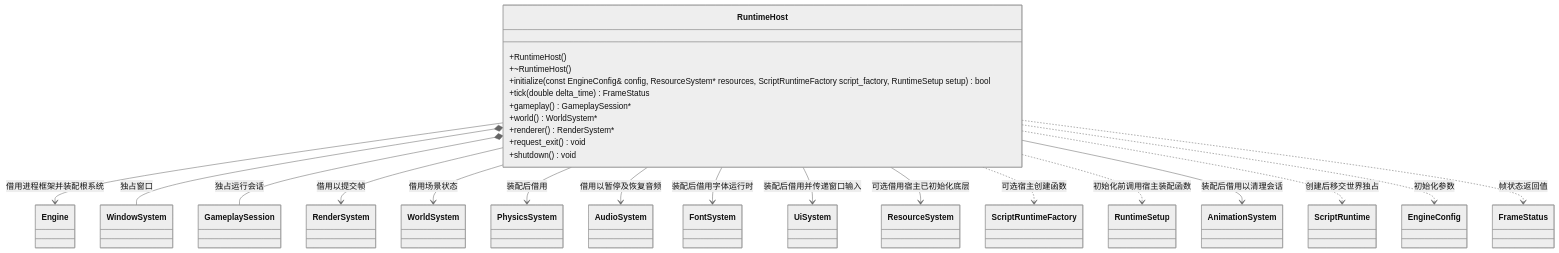
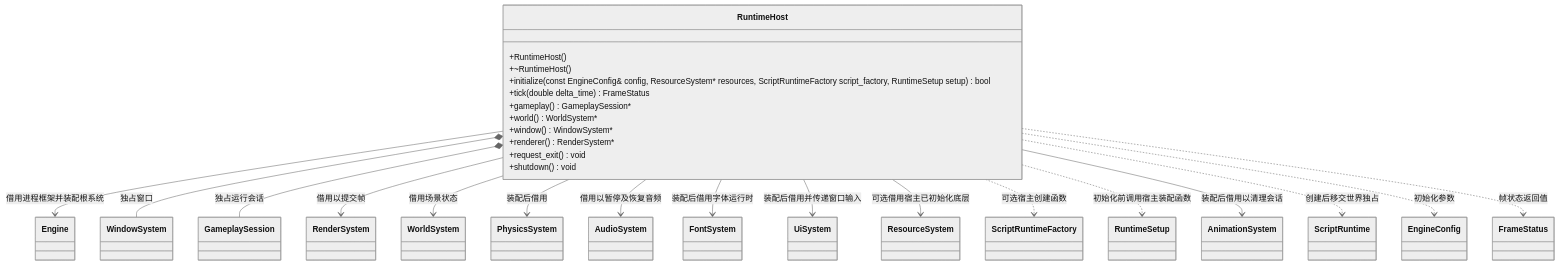
One commit to lcals/Engine changed the diagram in docs/runtime/class-diagrams/runtime-host.md. Above: the diagram before and after it, drawn with Mermaid (neutral theme). The commit also changed other lines of this file and 93 other files, not shown here.

````diff
--- a/docs/runtime/class-diagrams/runtime-host.md
+++ b/docs/runtime/class-diagrams/runtime-host.md
@@ -5,45 +5,46 @@
 ```mermaid
 classDiagram
     direction TB
     class RuntimeHost {
         +RuntimeHost()
         +~RuntimeHost()
         +initialize(const EngineConfig& config, ResourceSystem#42; resources, ScriptRuntimeFactory script_factory, RuntimeSetup setup) bool
         +tick(double delta_time) FrameStatus
         +gameplay() GameplaySession#42;
         +world() WorldSystem#42;
+        +window() WindowSystem#42;
         +renderer() RenderSystem#42;
         +request_exit() void
         +shutdown() void
     }
     class Engine
     class WindowSystem
     class GameplaySession
     class RenderSystem
     class WorldSystem
     class PhysicsSystem
     class AudioSystem
     class ResourceSystem
     class ScriptRuntime
     class ScriptRuntimeFactory
     class RuntimeSetup
     class AnimationSystem
     class EngineConfig
     class FrameStatus
     RuntimeHost --> Engine : 借用进程框架并装配根系统
     RuntimeHost *-- WindowSystem : 独占窗口
     RuntimeHost *-- GameplaySession : 独占运行会话
     RuntimeHost --> RenderSystem : 借用以提交帧
     RuntimeHost --> WorldSystem : 借用场景状态
     RuntimeHost --> PhysicsSystem : 装配后借用
     RuntimeHost --> AudioSystem : 借用以暂停及恢复音频
     RuntimeHost --> FontSystem : 装配后借用字体运行时
     RuntimeHost --> UiSystem : 装配后借用并传递窗口输入
     RuntimeHost --> ResourceSystem : 可选借用宿主已初始化底层
     RuntimeHost ..> ScriptRuntimeFactory : 可选宿主创建函数
     RuntimeHost ..> RuntimeSetup : 初始化前调用宿主装配函数
     RuntimeHost --> AnimationSystem : 装配后借用以清理会话
     RuntimeHost ..> ScriptRuntime : 创建后移交世界独占
     RuntimeHost ..> EngineConfig : 初始化参数
     RuntimeHost ..> FrameStatus : 帧状态返回值
 ```
````
